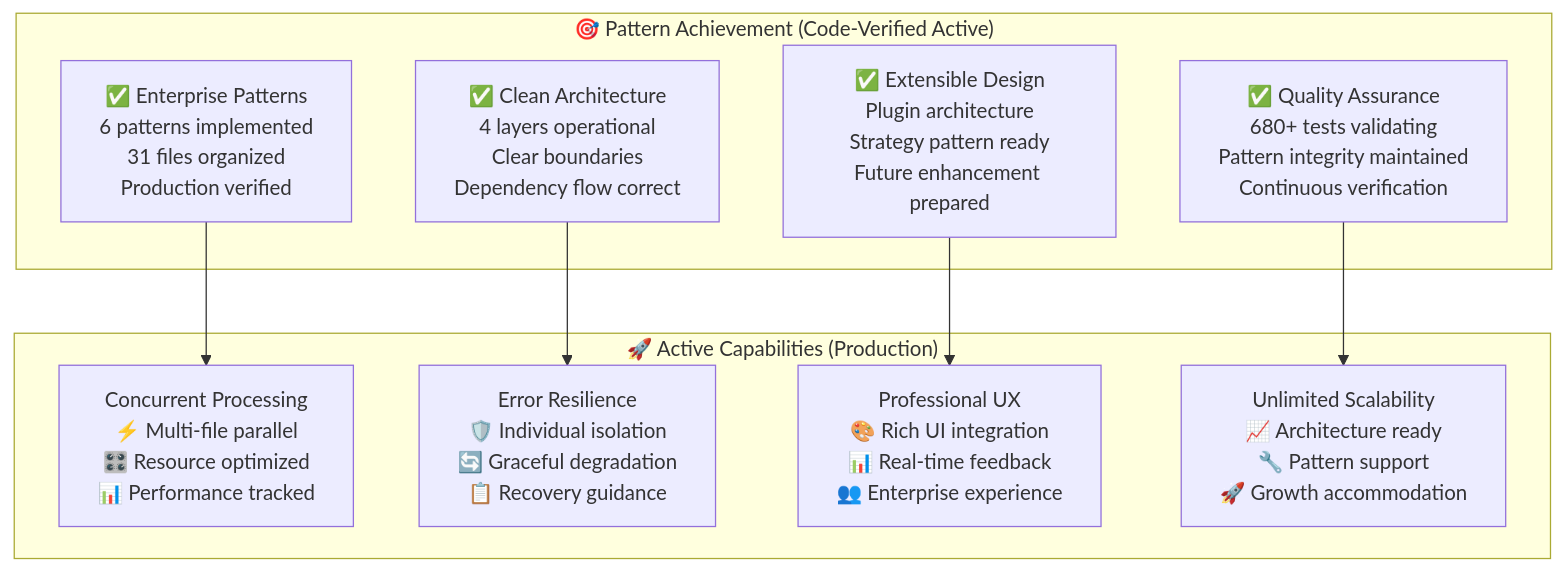
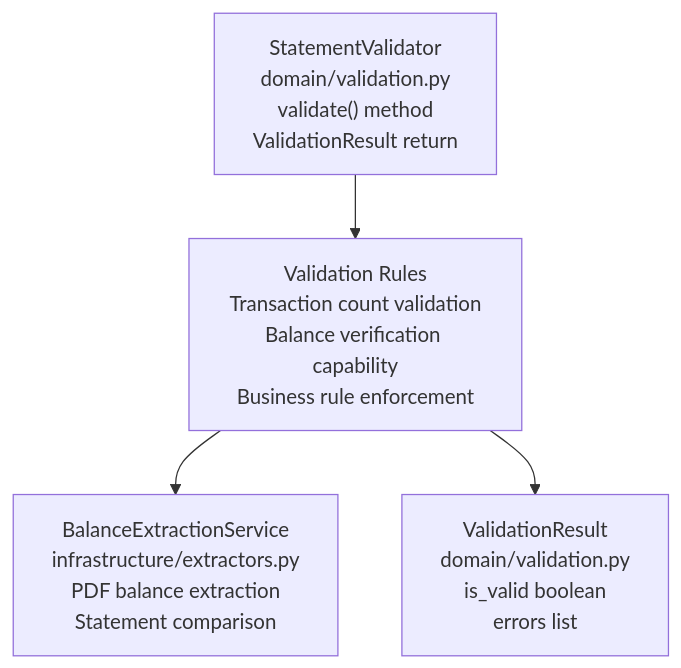
The ninth of 9 diagrams in memory-bank/systemPatterns.md (EduuardoPerez/financial-statement-processor), drawn with Mermaid before and after one commit. The commit also changed other lines of this file and 6 other files, not shown here.

````diff
--- a/memory-bank/systemPatterns.md
+++ b/memory-bank/systemPatterns.md
@@ -451,27 +252,14 @@
 ```mermaid
 graph TB
-    subgraph "🎯 Pattern Achievement (Code-Verified Active)"
-        ENTERPRISE_PATTERNS["✅ Enterprise Patterns<br/>6 patterns implemented<br/>31 files organized<br/>Production verified"]
+    VALIDATOR_INTERFACE["StatementValidator<br/>domain/validation.py<br/>validate() method<br/>ValidationResult return"]
 
-        CLEAN_ARCHITECTURE["✅ Clean Architecture<br/>4 layers operational<br/>Clear boundaries<br/>Dependency flow correct"]
+    VALIDATION_RULES["Validation Rules<br/>Transaction count validation<br/>Balance verification capability<br/>Business rule enforcement"]
 
-        EXTENSIBLE_DESIGN["✅ Extensible Design<br/>Plugin architecture<br/>Strategy pattern ready<br/>Future enhancement prepared"]
+    BALANCE_SERVICE["BalanceExtractionService<br/>infrastructure/extractors.py<br/>PDF balance extraction<br/>Statement comparison"]
 
-        QUALITY_ASSURANCE["✅ Quality Assurance<br/>680+ tests validating<br/>Pattern integrity maintained<br/>Continuous verification"]
-    end
+    VALIDATION_RESULT["ValidationResult<br/>domain/validation.py<br/>is_valid boolean<br/>errors list"]
 
-    subgraph "🚀 Active Capabilities (Production)"
-        CONCURRENT_PROCESSING["Concurrent Processing<br/>⚡ Multi-file parallel<br/>🎛️ Resource optimized<br/>📊 Performance tracked"]
-
-        ERROR_RESILIENCE["Error Resilience<br/>🛡️ Individual isolation<br/>🔄 Graceful degradation<br/>📋 Recovery guidance"]
-
-        PROFESSIONAL_UX["Professional UX<br/>🎨 Rich UI integration<br/>📊 Real-time feedback<br/>👥 Enterprise experience"]
-
-        UNLIMITED_SCALE["Unlimited Scalability<br/>📈 Architecture ready<br/>🔧 Pattern support<br/>🚀 Growth accommodation"]
-    end
-
-    ENTERPRISE_PATTERNS --> CONCURRENT_PROCESSING
-    CLEAN_ARCHITECTURE --> ERROR_RESILIENCE
-    EXTENSIBLE_DESIGN --> PROFESSIONAL_UX
-    QUALITY_ASSURANCE --> UNLIMITED_SCALE
+    VALIDATOR_INTERFACE --> VALIDATION_RULES
+    VALIDATION_RULES --> BALANCE_SERVICE
+    VALIDATION_RULES --> VALIDATION_RESULT
 ```
````
